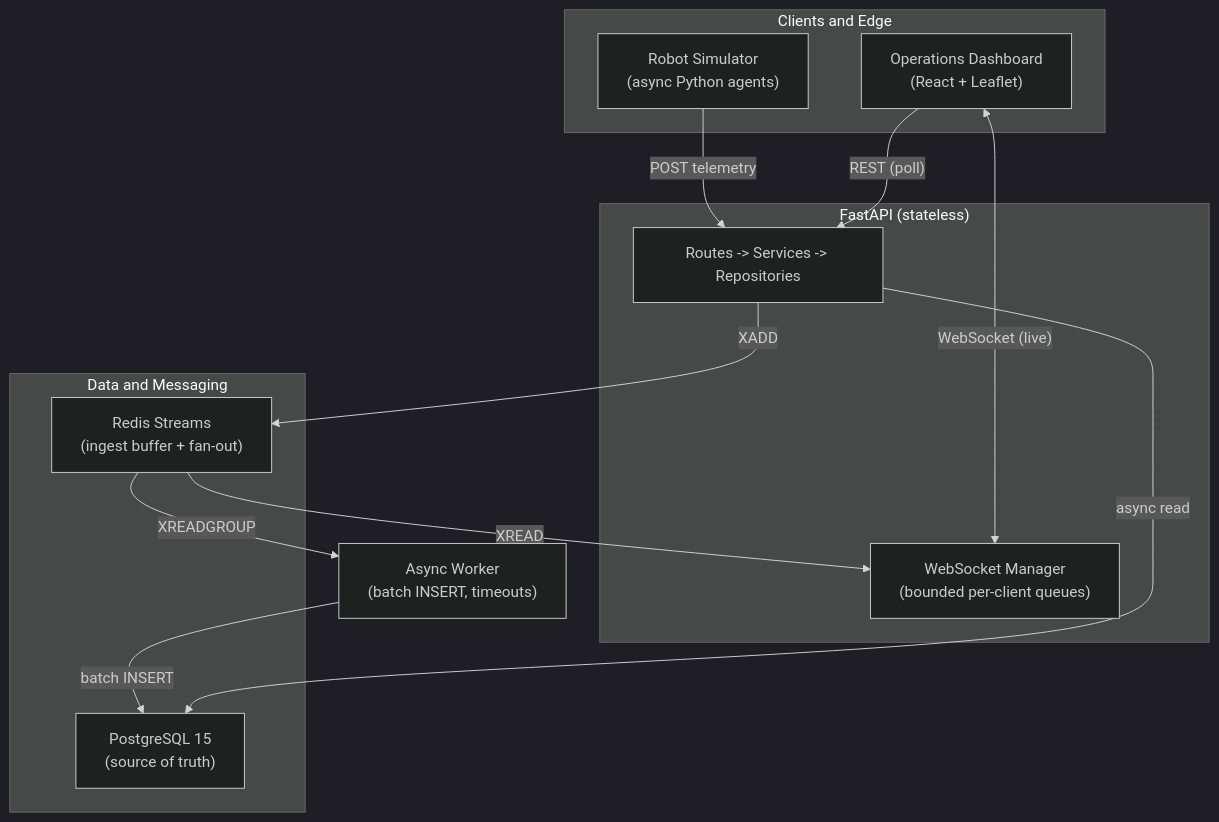
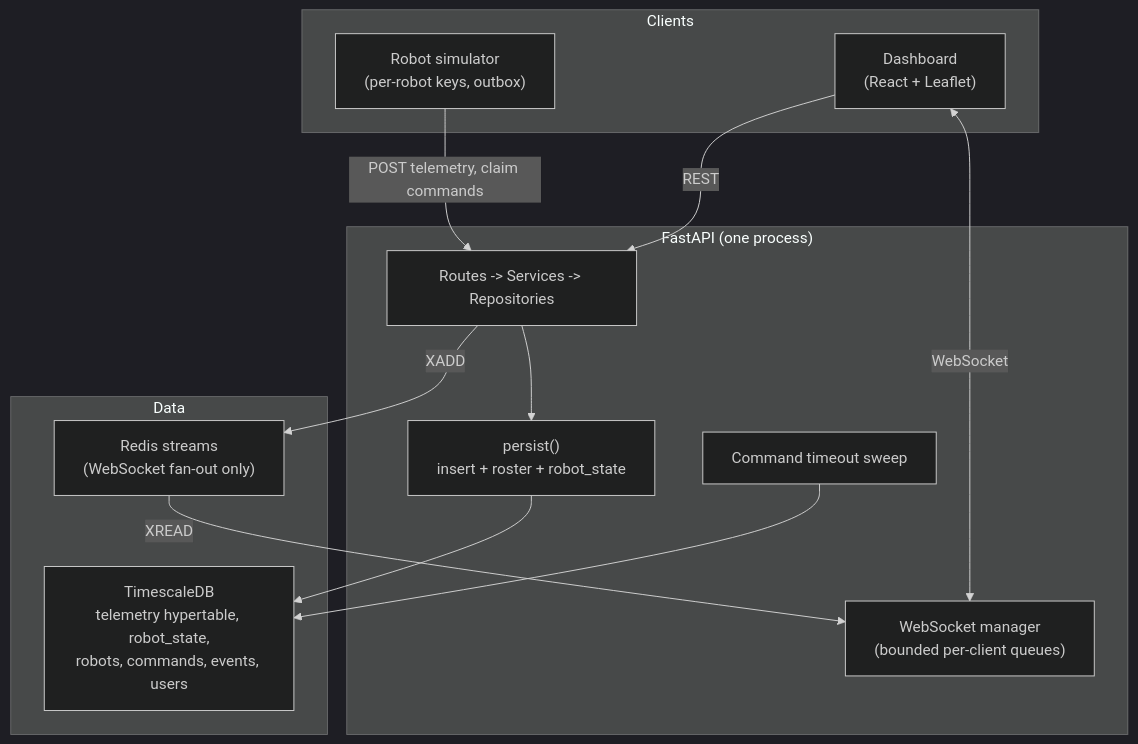
The diagram in docs/architecture.md (colin-110/robot-fleet-platform), drawn with Mermaid (dark theme) before and after one commit. The commit also changed other lines of this file and 4 other files, not shown here.

````diff
--- a/docs/architecture.md
+++ b/docs/architecture.md
@@ -7,28 +10,26 @@
 ```mermaid
 graph TB
-  subgraph Clients["Clients and Edge"]
-    SIM["Robot Simulator<br/>(async Python agents)"]
-    DASH["Operations Dashboard<br/>(React + Leaflet)"]
+  subgraph Clients["Clients"]
+    SIM["Robot simulator<br/>(per-robot keys, outbox)"]
+    DASH["Dashboard<br/>(React + Leaflet)"]
   end
 
-  subgraph API["FastAPI (stateless)"]
+  subgraph API["FastAPI (one process)"]
     ROUTES["Routes -> Services -> Repositories"]
-    WS["WebSocket Manager<br/>(bounded per-client queues)"]
+    PERSIST["persist()<br/>insert + roster + robot_state"]
+    WS["WebSocket manager<br/>(bounded per-client queues)"]
+    TIMEOUTS["Command timeout sweep"]
   end
 
-  subgraph Data["Data and Messaging"]
-    REDIS["Redis Streams<br/>(ingest buffer + fan-out)"]
-    PG["PostgreSQL 15<br/>(source of truth)"]
+  subgraph Data["Data"]
+    PG["TimescaleDB<br/>telemetry hypertable, robot_state,<br/>robots, commands, events, users"]
+    REDIS["Redis streams<br/>(WebSocket fan-out only)"]
   end
 
-  WORKER["Async Worker<br/>(batch INSERT, timeouts)"]
-
-  SIM -->|"POST telemetry"| ROUTES
-  DASH -->|"REST (poll)"| ROUTES
-  DASH <-->|"WebSocket (live)"| WS
-  ROUTES -->|"XADD"| REDIS
-  REDIS -->|"XREADGROUP"| WORKER
-  REDIS -->|"XREAD"| WS
-  WORKER -->|"batch INSERT"| PG
-  ROUTES -->|"async read"| PG
+  SIM -->|"POST telemetry, claim commands"| ROUTES
+  ROUTES --> PERSIST --> PG
+  ROUTES -->|"XADD"| REDIS -->|"XREAD"| WS
+  DASH <-->|"WebSocket"| WS
+  DASH -->|"REST"| ROUTES
+  TIMEOUTS --> PG
 ```
````
